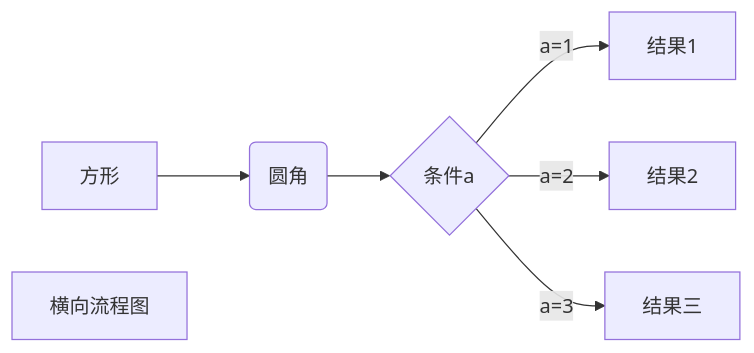
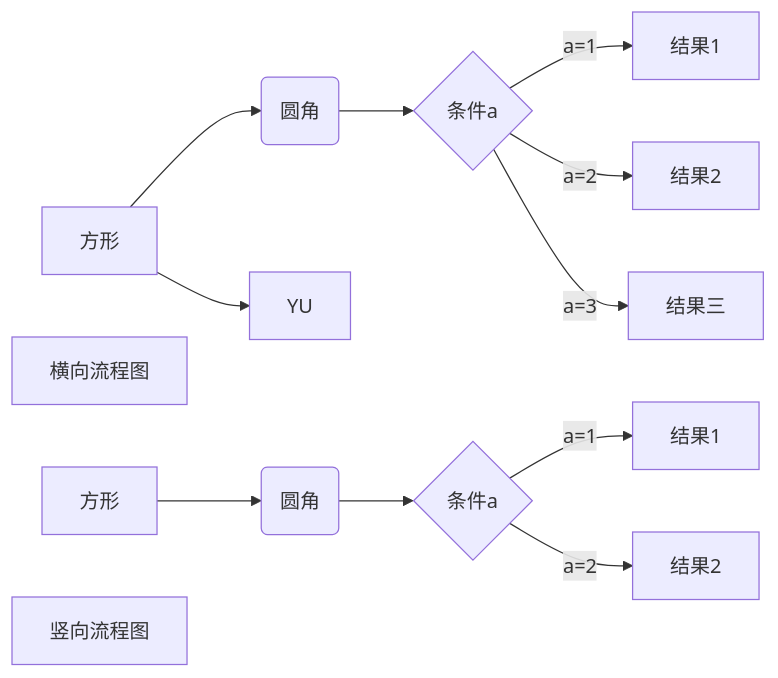
Before and after one commit to 0xCooper/note: the first of 2 diagrams in 数学知识/markdowe数学.md, drawn with Mermaid. The commit also changed other lines of this file and 197 other files, not shown here.

````diff
--- a/数学知识/markdowe数学.md
+++ b/数学知识/markdowe数学.md
@@ -41,9 +41,17 @@
 ```mermaid
 graph LR
 A[方形] -->B(圆角)
+A -->T[YU]
+
     B --> C{条件a}
     C -->|a=1| D[结果1]
     C -->|a=2| E[结果2]
     C -->|a=3|G[结果三]
     F[横向流程图]
+   
+A1[方形] --> B1(圆角)
+    B1 --> C1{条件a}
+    C1 --> |a=1| D1[结果1]
+    C1 --> |a=2| E1[结果2]
+    F1[竖向流程图]
 ```
````
